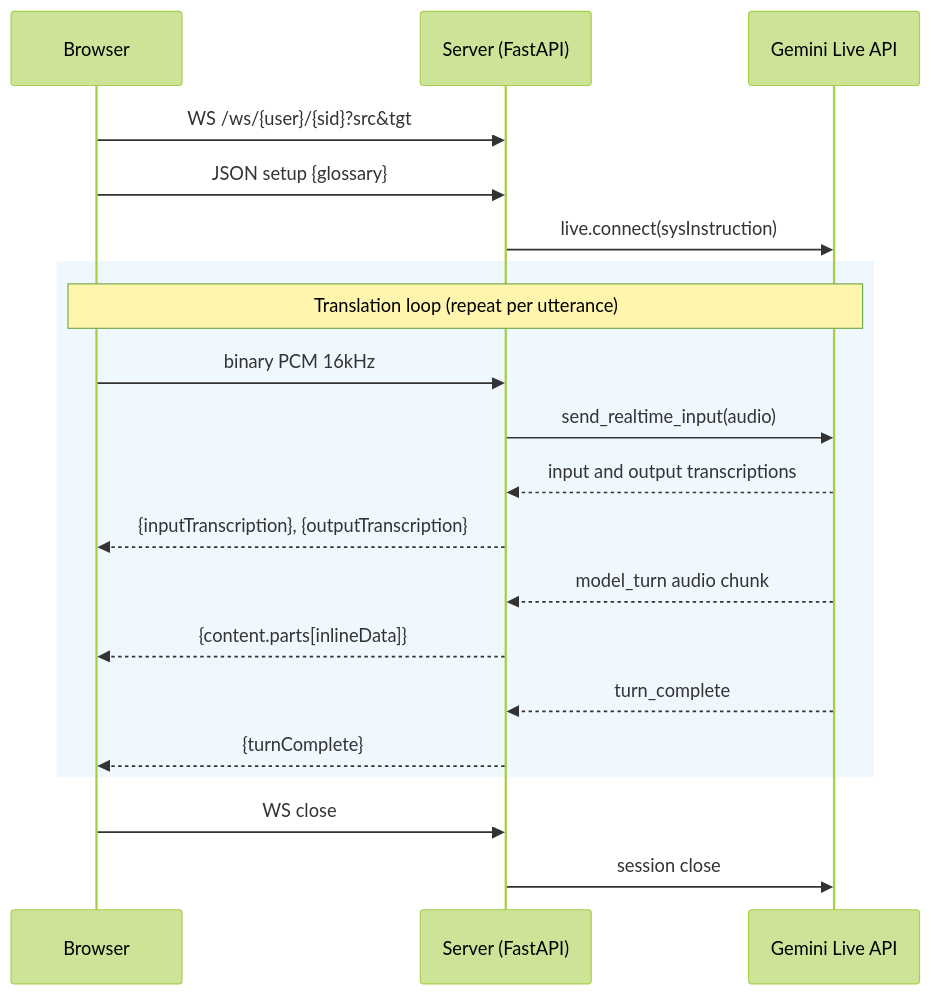
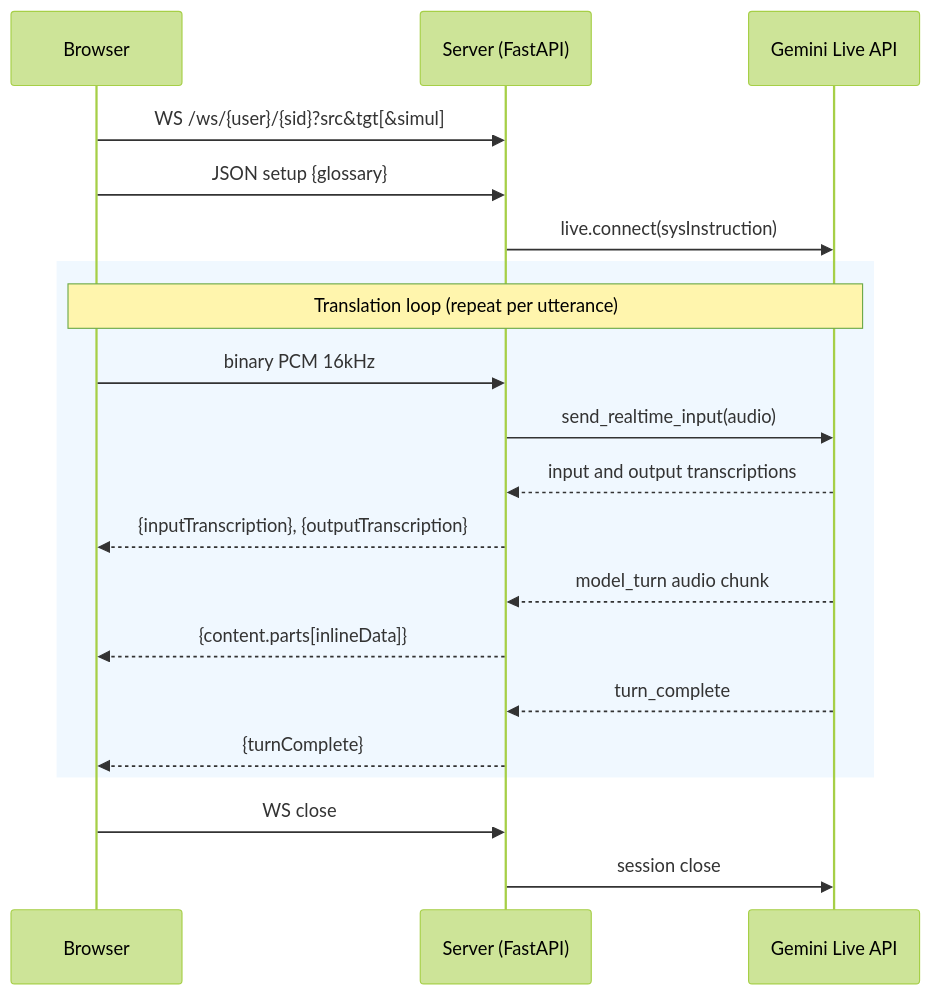
The first of 2 diagrams in README.md (jmmaldonado/gemini-live-translator), drawn with Mermaid (forest theme) before and after one commit. The commit also changed other lines of this file, not shown here.

````diff
--- a/README.md
+++ b/README.md
@@ -83,25 +97,25 @@
 ```mermaid
 sequenceDiagram
     participant B as Browser
     participant S as Server (FastAPI)
     participant G as Gemini Live API
 
-    B->>S: WS /ws/{user}/{sid}?src&tgt
+    B->>S: WS /ws/{user}/{sid}?src&tgt[&simul]
     B->>S: JSON setup {glossary}
     S->>G: live.connect(sysInstruction)
 
     rect rgb(240, 248, 255)
     note over B,G: Translation loop (repeat per utterance)
     B->>S: binary PCM 16kHz
     S->>G: send_realtime_input(audio)
     G-->>S: input and output transcriptions
     S-->>B: {inputTranscription}, {outputTranscription}
     G-->>S: model_turn audio chunk
     S-->>B: {content.parts[inlineData]}
     G-->>S: turn_complete
     S-->>B: {turnComplete}
     end
 
     B->>S: WS close
     S->>G: session close
 ```
````
